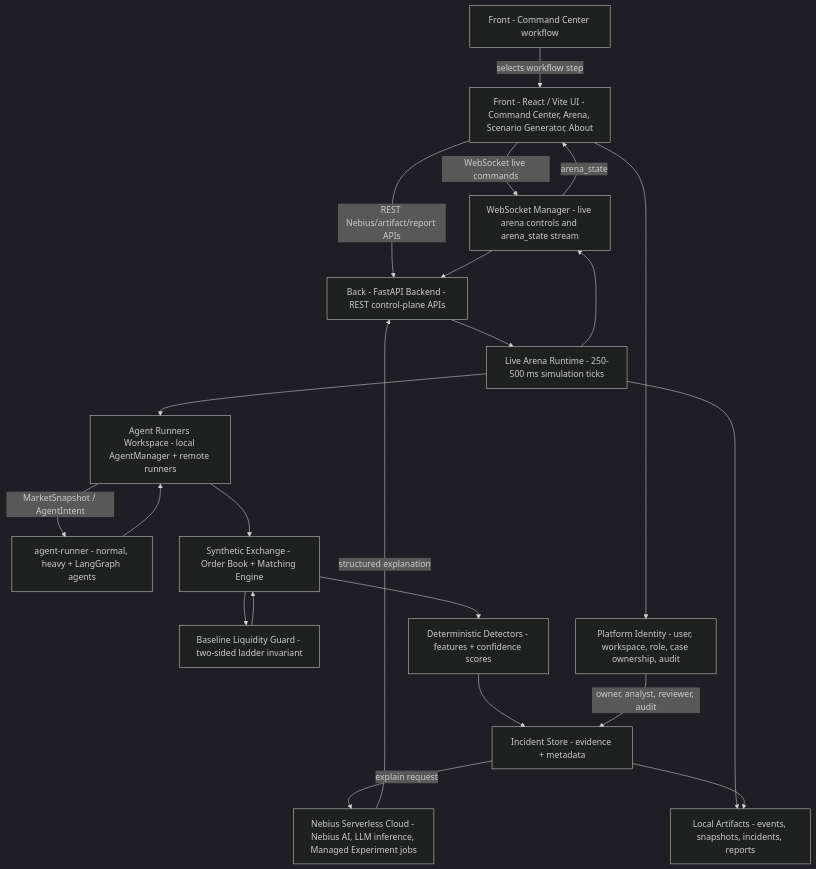
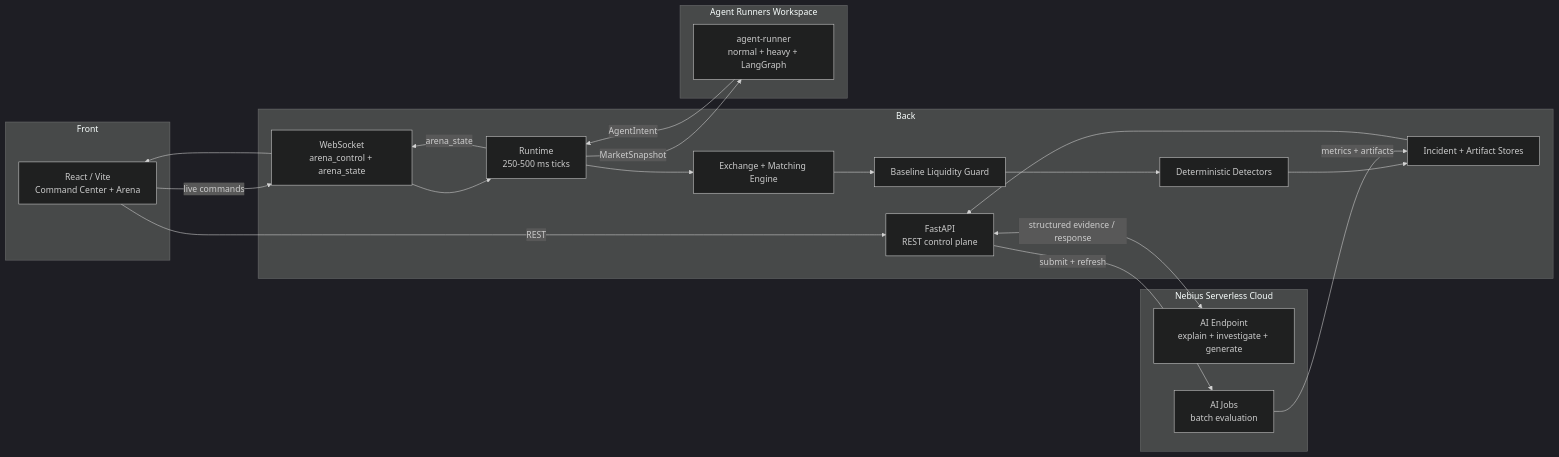
One commit to khab40/aimada changed the first of 4 diagrams in docs/architecture.md. Above: the diagram before and after it, drawn with Mermaid (dark theme). The commit also changed other lines of this file and 33 other files, not shown here.

Commit message:
feat: added CI, more tests, fixed docs, ARDs, diagrams, duplicates

````diff
--- a/docs/architecture.md
+++ b/docs/architecture.md
@@ -23,39 +23,38 @@
 ```mermaid
-graph TD
-    Demo["Front - Command Center workflow"]
-    UI["Front - React / Vite UI - Command Center, Arena, Scenario Generator, About"]
-    API["Back - FastAPI Backend - REST control-plane APIs"]
-    WS["WebSocket Manager - live arena controls and arena_state stream"]
-    Runtime["Live Arena Runtime - 250-500 ms simulation ticks"]
-    Agents["Agent Runners Workspace - local AgentManager + remote runners"]
-    Runner["agent-runner - normal, heavy + LangGraph agents"]
-    Exchange["Synthetic Exchange - Order Book + Matching Engine"]
-    LiquidityGuard["Baseline Liquidity Guard - two-sided ladder invariant"]
-    Detectors["Deterministic Detectors - features + confidence scores"]
-    Incidents["Incident Store - evidence + metadata"]
-    Identity["Platform Identity - user, workspace, role, case ownership, audit"]
-    Explain["Nebius Serverless Cloud - Nebius AI, LLM inference, Managed Experiment jobs"]
-    Artifacts["Local Artifacts - events, snapshots, incidents, reports"]
+flowchart LR
+    subgraph Front["Front"]
+        UI["React / Vite<br/>Command Center + Arena"]
+    end
+    subgraph Back["Back"]
+        API["FastAPI<br/>REST control plane"]
+        WS["WebSocket<br/>arena_control + arena_state"]
+        Runtime["Runtime<br/>250-500 ms ticks"]
+        Exchange["Exchange + Matching Engine"]
+        Guard["Baseline Liquidity Guard"]
+        Detectors["Deterministic Detectors"]
+        Incidents["Incident + Artifact Stores"]
+    end
+    subgraph Workspace["Agent Runners Workspace"]
+        Runner["agent-runner<br/>normal + heavy + LangGraph"]
+    end
+    subgraph Cloud["Nebius Serverless Cloud"]
+        Endpoint["AI Endpoint<br/>explain + investigate + generate"]
+        Jobs["AI Jobs<br/>batch evaluation"]
+    end
 
-    Demo -->|selects workflow step| UI
-    UI -->|WebSocket live commands| WS
-    UI -->|REST Nebius/artifact/report APIs| API
-    UI --> Identity
-    WS --> API
-    API --> Runtime
-    Runtime --> Agents
-    Agents -->|MarketSnapshot / AgentIntent| Runner
-    Runner --> Agents
-    Agents --> Exchange
-    Exchange --> LiquidityGuard
-    LiquidityGuard --> Exchange
-    Exchange --> Detectors
+    UI -->|"REST"| API
+    UI -->|"live commands"| WS
+    WS --> Runtime
+    Runtime -->|"MarketSnapshot"| Runner
+    Runner -->|"AgentIntent"| Runtime
+    Runtime --> Exchange
+    Exchange --> Guard
+    Guard --> Detectors
     Detectors --> Incidents
-    Identity -->|owner, analyst, reviewer, audit| Incidents
-    Runtime --> WS
-    WS -->|arena_state| UI
-    Incidents -->|explain request| Explain
-    Explain -->|structured explanation| API
-    Runtime --> Artifacts
-    Incidents --> Artifacts
+    Runtime -->|"arena_state"| WS
+    WS --> UI
+    API <-->|"structured evidence / response"| Endpoint
+    API -->|"submit + refresh"| Jobs
+    Jobs -->|"metrics + artifacts"| Incidents
+    Incidents --> API
 ```
````
